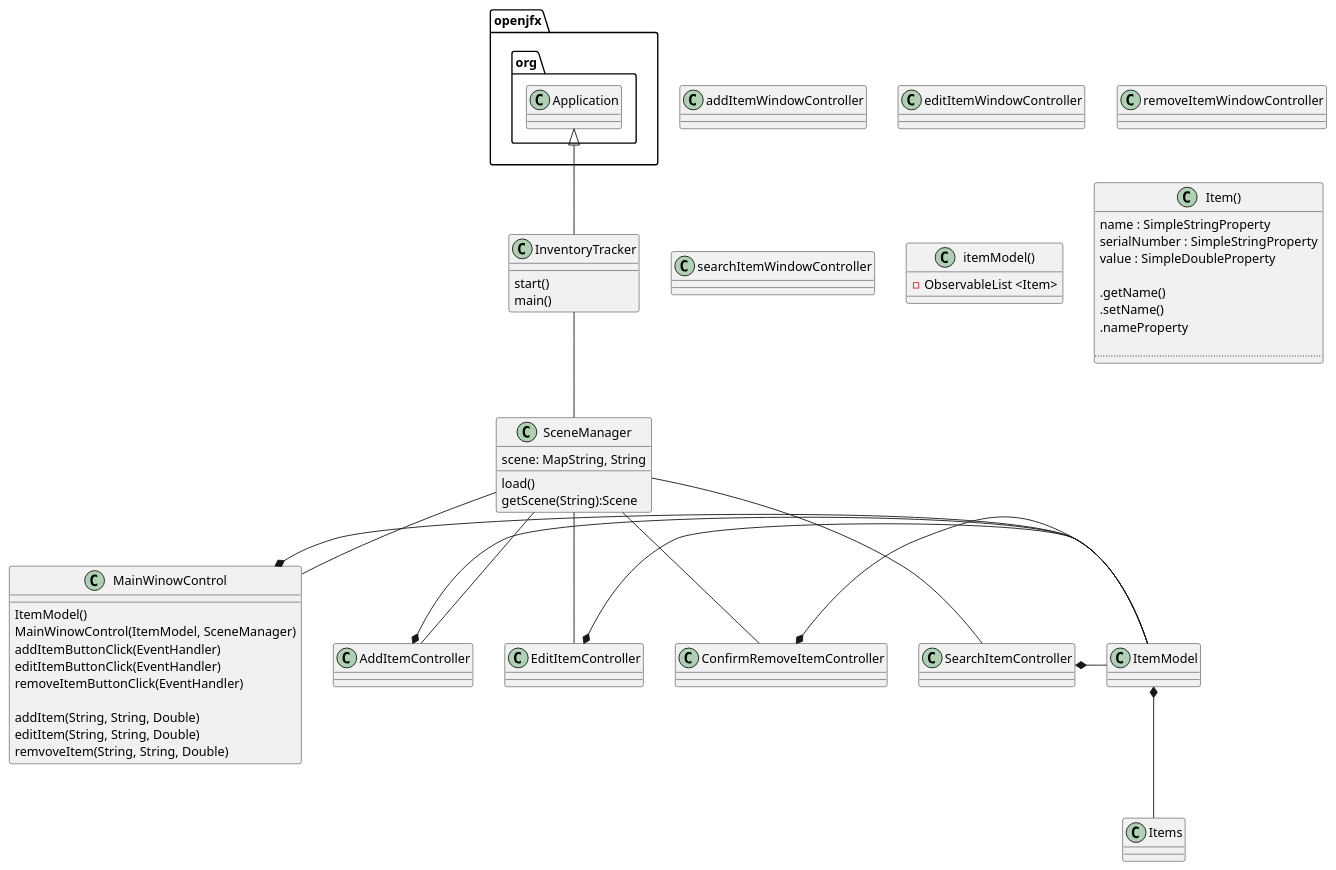
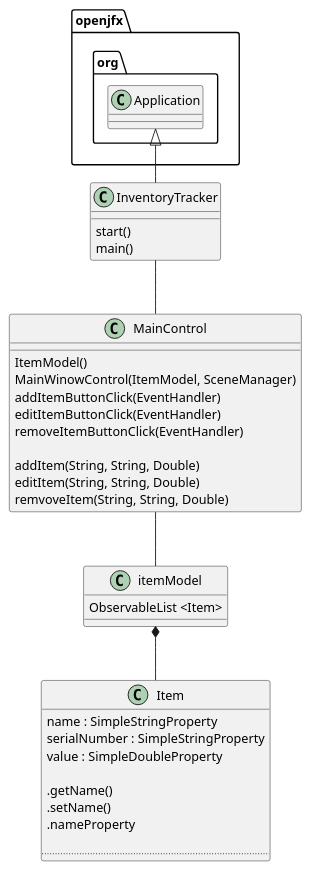
One commit to erica-joseph/Obento changed the diagram in uml/inventoryTracker.puml. Above: the diagram before and after it, drawn with PlantUML. The commit also changed 2 other files, not shown here.

Commit message:
Fixed the PlantUML by ordering the arrows and method access order.

```diff
--- a/uml/inventoryTracker.puml
+++ b/uml/inventoryTracker.puml
@@ -1,70 +1,42 @@
 @startuml
 
 class InventoryTracker {
     start()
     main()
 }
 
-class SceneManager{
-    scene: MapString, String
-    load()
-    getScene(String):Scene
-}
 
-class MainWinowControl{
+class MainControl{
     ItemModel()
     MainWinowControl(ItemModel, SceneManager)
     'constructor
     addItemButtonClick(EventHandler)
     editItemButtonClick(EventHandler)
     removeItemButtonClick(EventHandler)
 
     addItem(String, String, Double)
     editItem(String, String, Double)
     remvoveItem(String, String, Double)
 }
 
-class addItemWindowController{
+
+class itemModel{
+    ObservableList <Item>
 }
 
-class editItemWindowController{
-}
-
-class removeItemWindowController{
-}
-
-class searchItemWindowController{
-}
-
-class itemModel(){
-    - ObservableList <Item>
-
-}
-
-class Item(){
+class Item{
     name : SimpleStringProperty
     serialNumber : SimpleStringProperty
     value : SimpleDoubleProperty
 
     .getName()
     .setName()
     .nameProperty
 
     ....
 }
 openjfx.org.Application <|-- InventoryTracker
-InventoryTracker -- SceneManager
-SceneManager -- MainWinowControl
-SceneManager -- AddItemController
-SceneManager -- EditItemController
-SceneManager -- ConfirmRemoveItemController
-SceneManager -- SearchItemController
-MainWinowControl *-ItemModel
-AddItemController*-ItemModel
-EditItemController*-ItemModel
-ConfirmRemoveItemController*-ItemModel
-SearchItemController*-ItemModel
-ItemModel *-- Items
-
-
+InventoryTracker -- MainControl
+MainControl -- itemModel
+itemModel *-- Item
 @enduml
```
